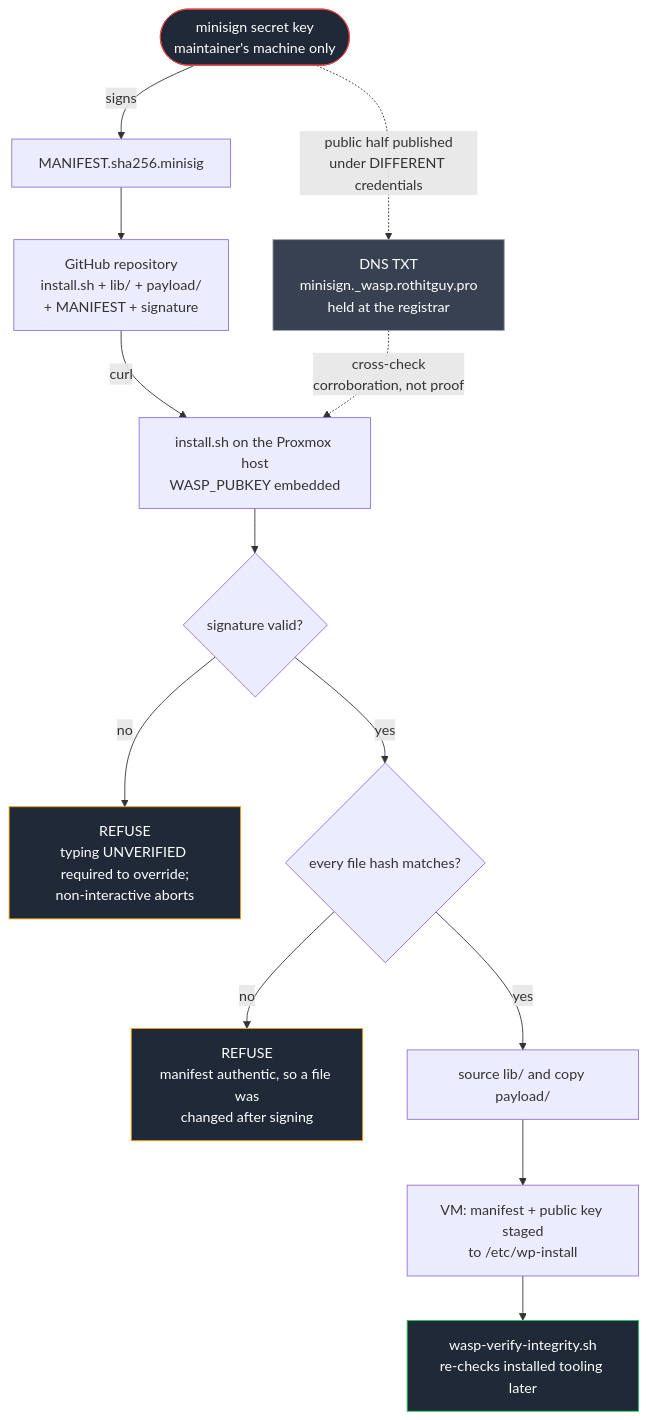
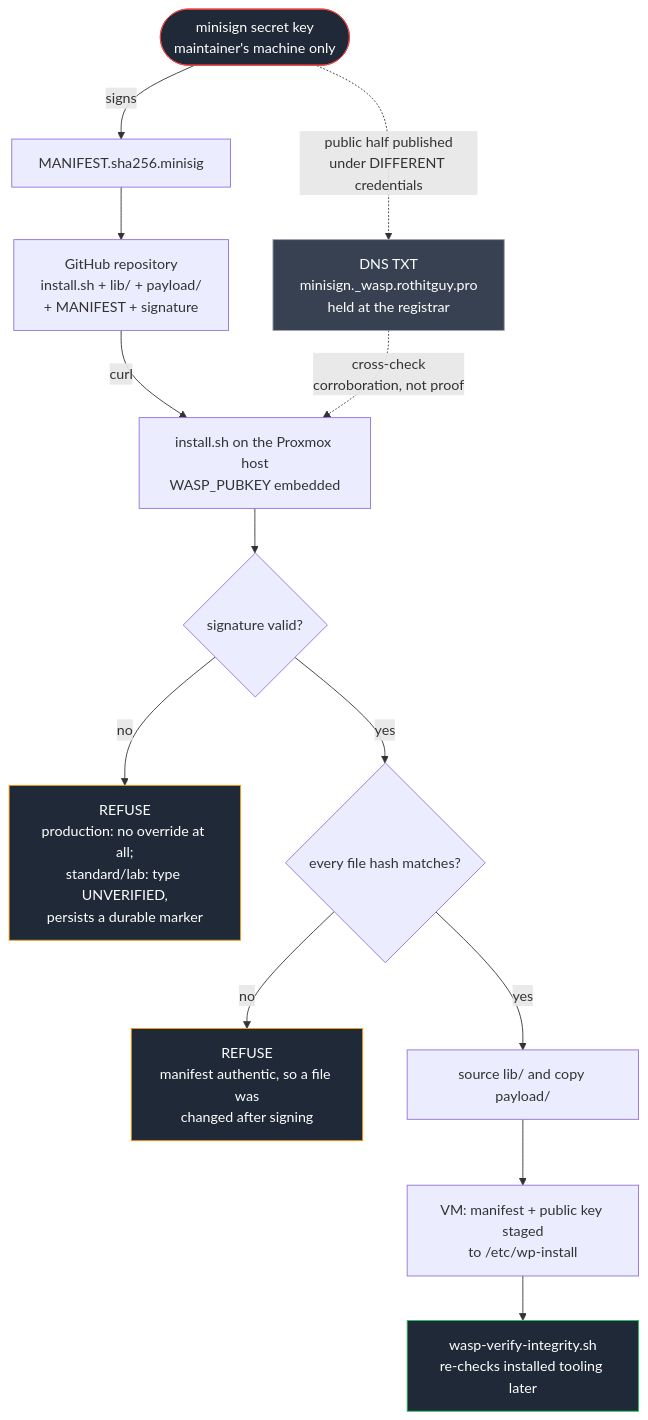
The third of 8 diagrams in ARCHITECTURE.md (RothITguy-jitsi/alpine-vm-wordpress), drawn with Mermaid before and after one commit. The commit also changed other lines of this file and 24 other files, not shown here.

````diff
--- a/ARCHITECTURE.md
+++ b/ARCHITECTURE.md
@@ -119,28 +127,28 @@
 ```mermaid
 flowchart TD
     KEY(["minisign secret key<br/>maintainer's machine only"])
     KEY -->|"signs"| MAN["MANIFEST.sha256.minisig"]
 
     REPO["GitHub repository<br/>install.sh + lib/ + payload/<br/>+ MANIFEST + signature"]
     MAN --> REPO
     DNS["DNS TXT<br/>minisign._wasp.rothitguy.pro<br/>held at the registrar"]
     KEY -.->|"public half published<br/>under DIFFERENT credentials"| DNS
 
     REPO -->|"curl"| INST["install.sh on the Proxmox host<br/>WASP_PUBKEY embedded"]
     DNS -.->|"cross-check<br/>corroboration, not proof"| INST
 
     INST --> V1{"signature valid?"}
-    V1 -->|"no"| STOP1["REFUSE<br/>typing UNVERIFIED required to override;<br/>non-interactive aborts"]
+    V1 -->|"no"| STOP1["REFUSE<br/>production: no override at all;<br/>standard/lab: type UNVERIFIED,<br/>persists a durable marker"]
     V1 -->|"yes"| V2{"every file hash matches?"}
     V2 -->|"no"| STOP2["REFUSE<br/>manifest authentic, so a file was<br/>changed after signing"]
     V2 -->|"yes"| SRC["source lib/ and copy payload/"]
 
     SRC --> VM["VM: manifest + public key staged<br/>to /etc/wp-install"]
     VM --> LATER["wasp-verify-integrity.sh<br/>re-checks installed tooling later"]
 
     style KEY fill:#1f2937,stroke:#ef4444,color:#fff
     style STOP1 fill:#1f2937,stroke:#f59e0b,color:#fff
     style STOP2 fill:#1f2937,stroke:#f59e0b,color:#fff
     style DNS fill:#374151,stroke:#9ca3af,color:#fff
     style LATER fill:#1f2937,stroke:#22c55e,color:#fff
 ```
````
